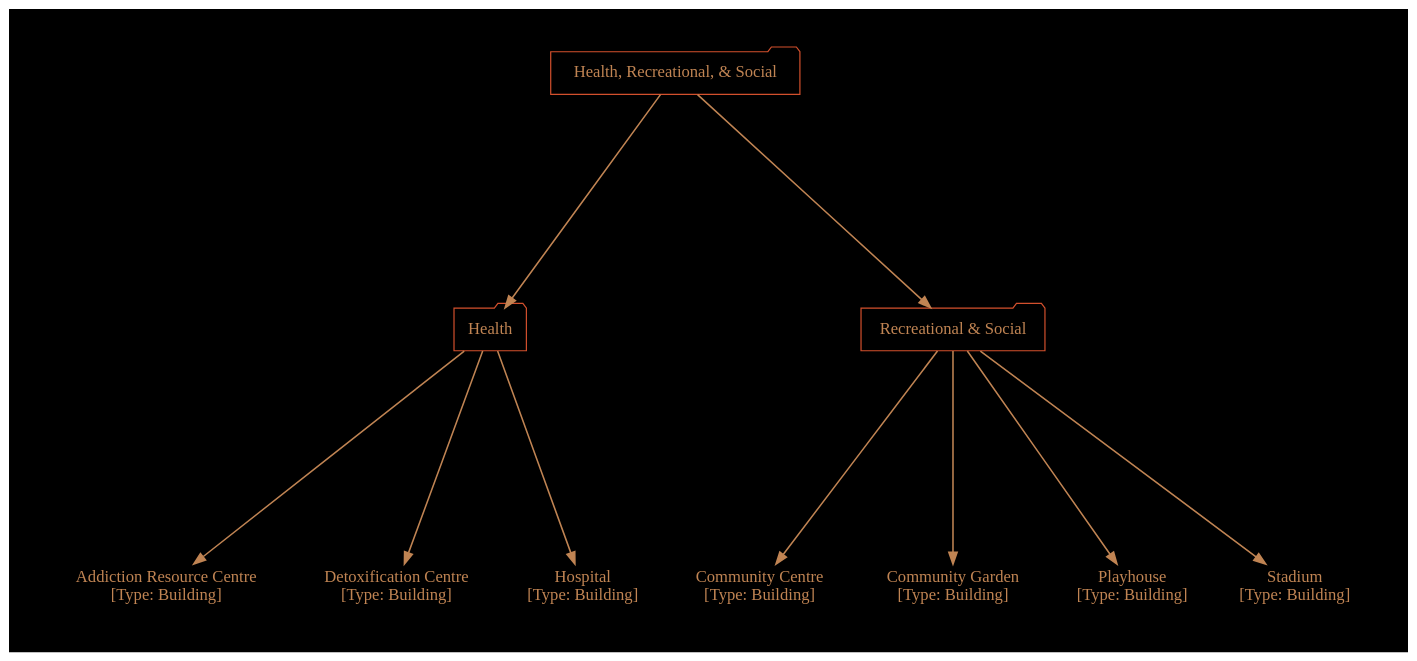
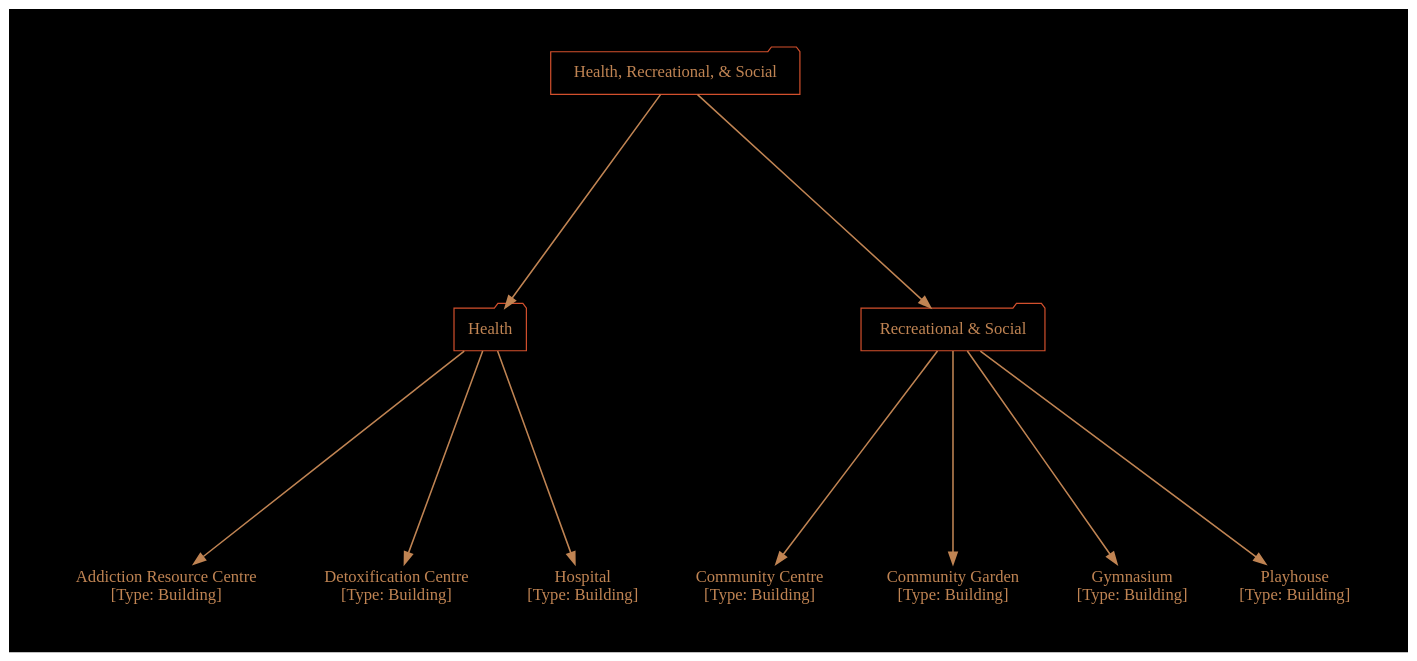
One commit to cartesiantheatre/handbook changed the diagram in Handbook/Source/Game_Mechanics/Diagrams/Units_User_Basic_Health_Recreational_and_Social.twopi.gv. Above: the diagram before and after it, drawn with Graphviz. The commit also changed 11 other files, not shown here.

```diff
--- a/Handbook/Source/Game_Mechanics/Diagrams/Units_User_Basic_Health_Recreational_and_Social.twopi.gv
+++ b/Handbook/Source/Game_Mechanics/Diagrams/Units_User_Basic_Health_Recreational_and_Social.twopi.gv
@@ -1,57 +1,57 @@
 /*
   This is part of the Avaneya Project Crew Handbook.
   Copyright (C) 2010, 2011, 2012
     Kshatra Corp.
   See the file License for copying conditions.
   
   To manually compile:
       $ sudo aptitude install graphviz
       $ twopi -Tpdf Units_User_Basic_Health_Recreational_and_Social.twopi.gv -o Units_User_Basic_Health_Recreational_and_Social.pdf
 */
 
 digraph Units_User_Basic_Health_Recreational_and_Social
 {
     // Graph attributes...
 	bgcolor="black";
 	margin="0";
 	ratio="auto";
     ranksep="2.5";
     pad="0.5,0.5";
     compound="true";
     overlap="vpsc";
     root="Health, Recreational, & Social";
 
 	// Node attributes...
 	node[color="#d3502dff"];
 	node[fillcolor="gray10"];
     node[fontcolor="#c08453ff"];
     node[fontname="Ubuntu"];
     node[shape="none"]
 	
 	// Edge attributes...
 	edge[color="#c08453ff"];
 	edge[penwidth="1.3"];
 
     // Units...
     "Addiction Resource Centre"[label="Addiction Resource Centre\n[Type: Building]"];
     "Community Centre"[label="Community Centre\n[Type: Building]"];
     "Community Garden"[label="Community Garden\n[Type: Building]"];
     "Detoxification Centre"[label="Detoxification Centre\n[Type: Building]"];
+    "Gymnasium"[label="Gymnasium\n[Type: Building]"];
     "Hospital"[label="Hospital\n[Type: Building]"];
     "Playhouse"[label="Playhouse\n[Type: Building]"];
-    "Stadium"[label="Stadium\n[Type: Building]"];
 
-    // Relations...
+    // Categorical relations, but not build dependencies...
     "Health, Recreational, & Social"[shape="folder"];
         "Health"[shape="folder"];
         "Health, Recreational, & Social" -> "Health";
             "Health" -> "Addiction Resource Centre";
             "Health" -> "Detoxification Centre";
             "Health" -> "Hospital";
         "Recreational & Social"[shape="folder"];
         "Health, Recreational, & Social" -> "Recreational & Social";
             "Recreational & Social" -> "Community Centre";
             "Recreational & Social" -> "Community Garden";
+            "Recreational & Social" -> "Gymnasium";
             "Recreational & Social" -> "Playhouse";
-            "Recreational & Social" -> "Stadium";
 }
```
